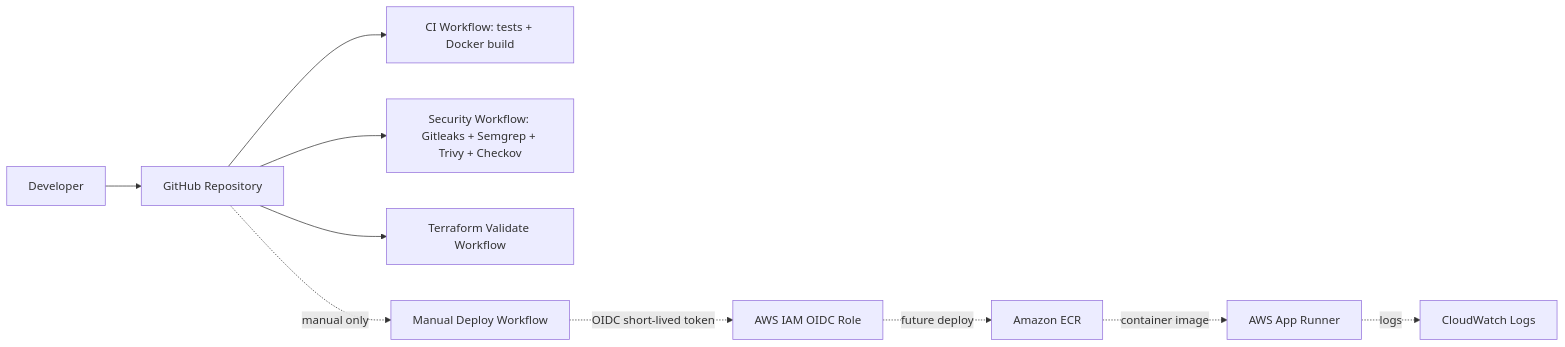
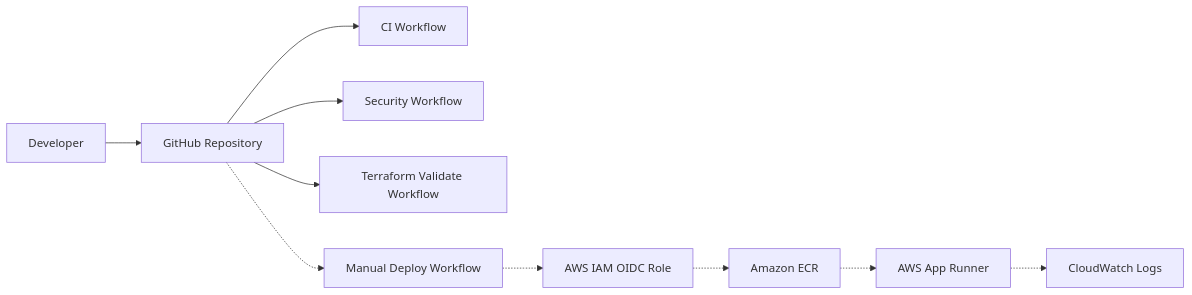
Before and after one commit to ThiagoMicki1/secure-aws-cicd-pipeline: the diagram in README.md, drawn with Mermaid.

Commit message:
Fix README Mermaid diagram rendering

````diff
--- a/README.md
+++ b/README.md
@@ -26,12 +26,12 @@
 ```mermaid
 flowchart LR
-    Dev[Developer] --> Repo[GitHub Repository]
-    Repo --> CI[CI Workflow: tests + Docker build]
-    Repo --> Sec[Security Workflow: Gitleaks + Semgrep + Trivy + Checkov]
-    Repo --> TF[Terraform Validate Workflow]
-    Repo -. manual only .-> Deploy[Manual Deploy Workflow]
-    Deploy -. OIDC short-lived token .-> IAM[AWS IAM OIDC Role]
-    IAM -. future deploy .-> ECR[Amazon ECR]
-    ECR -. container image .-> AppRunner[AWS App Runner]
-    AppRunner -. logs .-> CW[CloudWatch Logs]
+    Dev["Developer"] --> Repo["GitHub Repository"]
+    Repo --> CI["CI Workflow"]
+    Repo --> Sec["Security Workflow"]
+    Repo --> TF["Terraform Validate Workflow"]
+    Repo -.-> Deploy["Manual Deploy Workflow"]
+    Deploy -.-> IAM["AWS IAM OIDC Role"]
+    IAM -.-> ECR["Amazon ECR"]
+    ECR -.-> AppRunner["AWS App Runner"]
+    AppRunner -.-> CW["CloudWatch Logs"]
 ```
````
